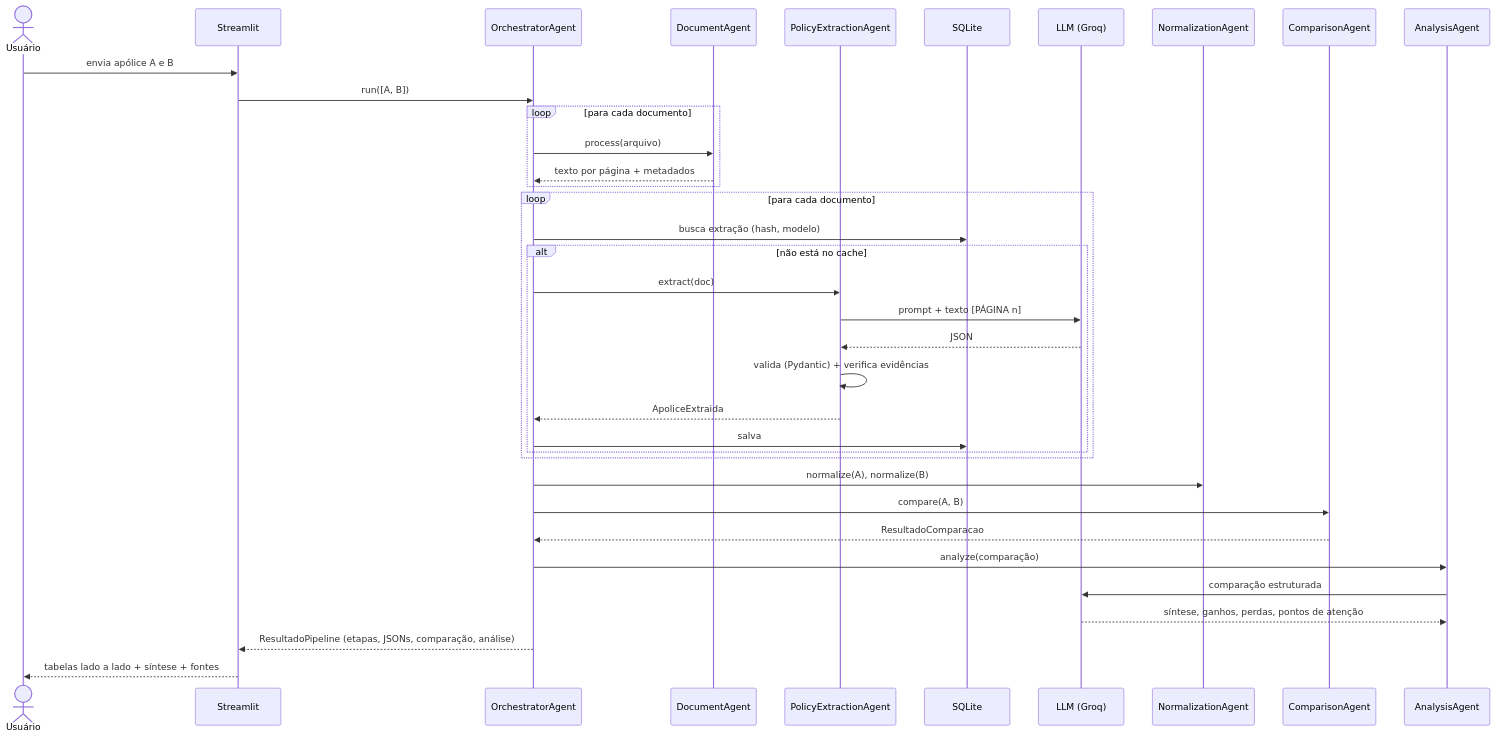
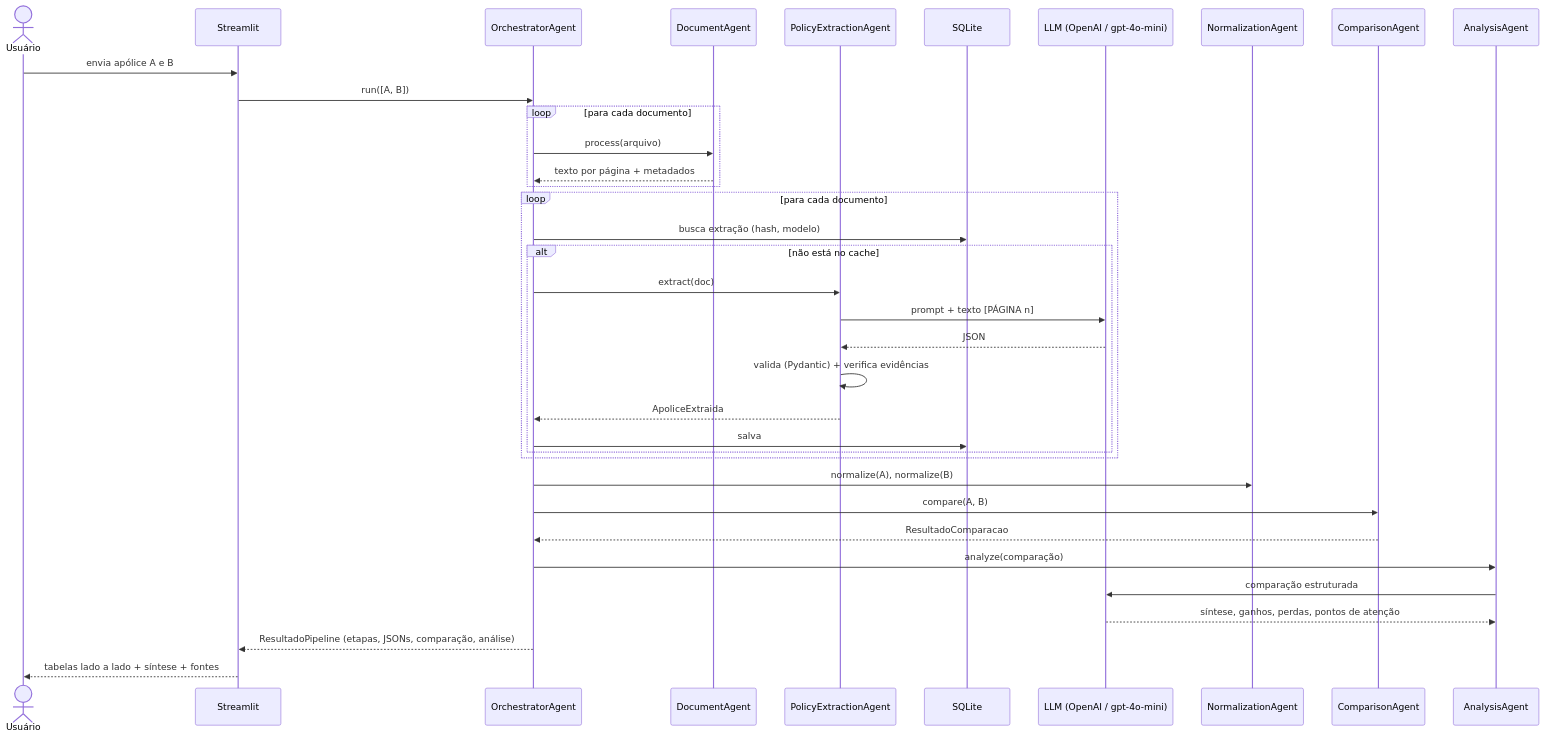
One commit to maurojornalista/policymind-do changed the second of 2 diagrams in docs/relatorio_tecnico.md. Above: the diagram before and after it, drawn with Mermaid. The commit also changed other lines of this file, not shown here.

````diff
--- a/docs/relatorio_tecnico.md
+++ b/docs/relatorio_tecnico.md
@@ -154,39 +154,39 @@
 ```mermaid
 sequenceDiagram
     actor U as Usuário
     participant UI as Streamlit
     participant O as OrchestratorAgent
     participant D as DocumentAgent
     participant E as PolicyExtractionAgent
     participant DB as SQLite
-    participant L as LLM (Groq)
+    participant L as LLM (OpenAI / gpt-4o-mini)
     participant N as NormalizationAgent
     participant C as ComparisonAgent
     participant A as AnalysisAgent
 
     U->>UI: envia apólice A e B
     UI->>O: run([A, B])
     loop para cada documento
         O->>D: process(arquivo)
         D-->>O: texto por página + metadados
     end
     loop para cada documento
         O->>DB: busca extração (hash, modelo)
         alt não está no cache
             O->>E: extract(doc)
             E->>L: prompt + texto [PÁGINA n]
             L-->>E: JSON
             E->>E: valida (Pydantic) + verifica evidências
             E-->>O: ApoliceExtraida
             O->>DB: salva
         end
     end
     O->>N: normalize(A), normalize(B)
     O->>C: compare(A, B)
     C-->>O: ResultadoComparacao
     O->>A: analyze(comparação)
     A->>L: comparação estruturada
     L-->>A: síntese, ganhos, perdas, pontos de atenção
     O-->>UI: ResultadoPipeline (etapas, JSONs, comparação, análise)
     UI-->>U: tabelas lado a lado + síntese + fontes
 ```
````
